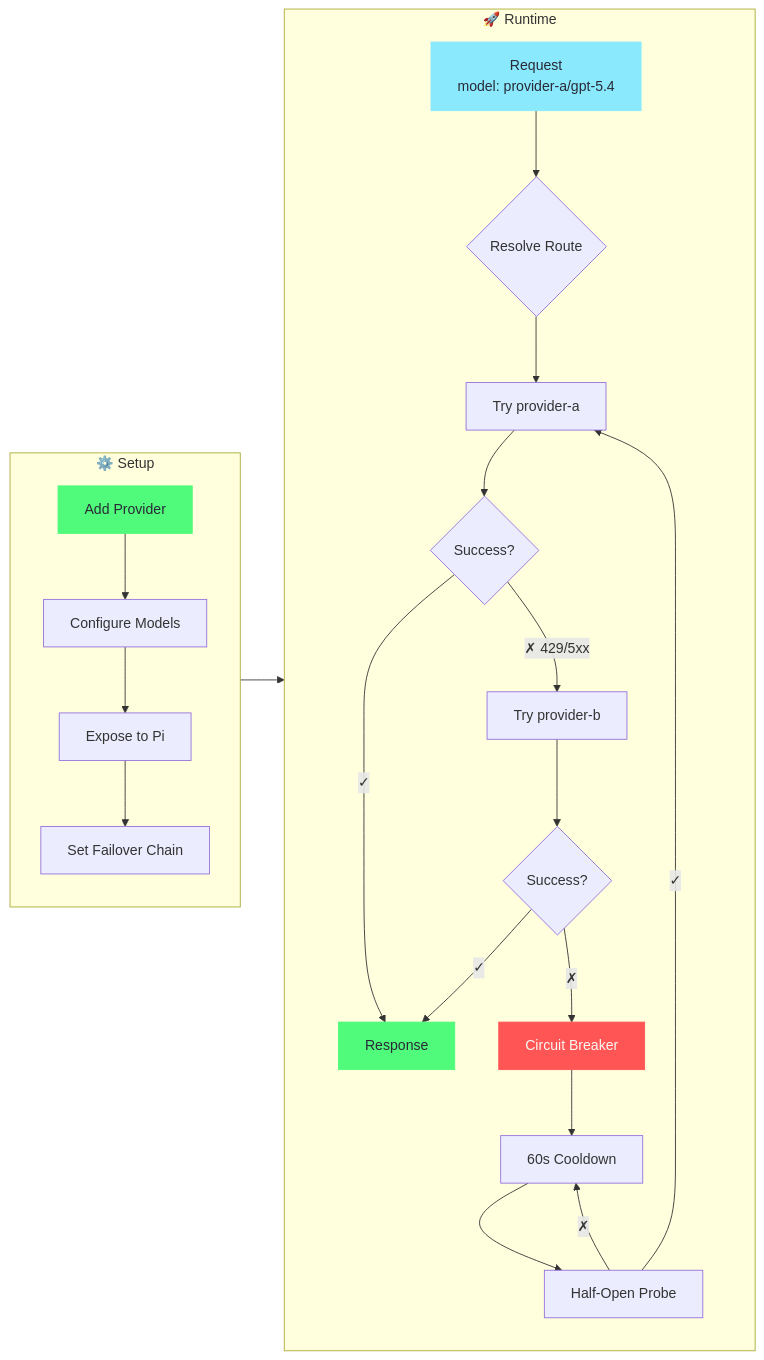
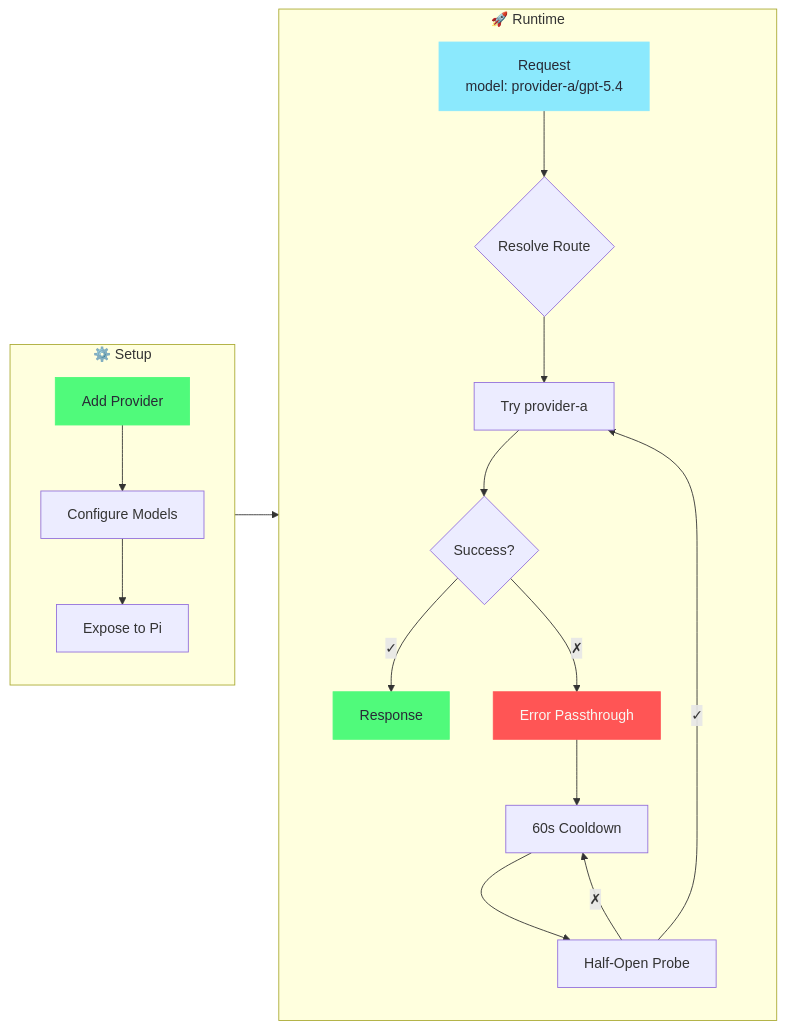
The diagram in README.md (heihei0299/pi-switch), drawn with Mermaid before and after one commit. The commit also changed other lines of this file and 26 other files, not shown here.

First line of the commit message:
feat(proxy): remove failover chain, single-candidate passthrough

````diff
--- a/README.md
+++ b/README.md
@@ -191,30 +190,26 @@
 ```mermaid
 graph LR
     subgraph Setup["⚙️ Setup"]
         A[Add Provider] --> B[Configure Models]
         B --> C[Expose to Pi]
-        C --> D[Set Failover Chain]
     end
 
     subgraph Runtime["🚀 Runtime"]
         E["Request<br/>model: provider-a/gpt-5.4"] --> F{Resolve Route}
         F --> G[Try provider-a]
         G --> H{Success?}
         H -->|✓| I[Response]
-        H -->|✗ 429/5xx| J[Try provider-b]
-        J --> K{Success?}
-        K -->|✓| I
-        K -->|✗| L[Circuit Breaker]
+        H -->|✗| L[Error Passthrough]
         L --> M[60s Cooldown]
         M --> N[Half-Open Probe]
         N -->|✓| G
         N -->|✗| M
     end
 
     Setup --> Runtime
 
     style A fill:#50fa7b,stroke:#50fa7b,color:#282a36
     style E fill:#8be9fd,stroke:#8be9fd,color:#282a36
     style I fill:#50fa7b,stroke:#50fa7b,color:#282a36
     style L fill:#ff5555,stroke:#ff5555,color:#f8f8f2
 ```
````
